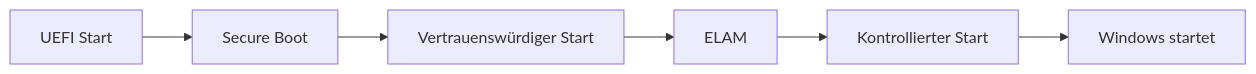
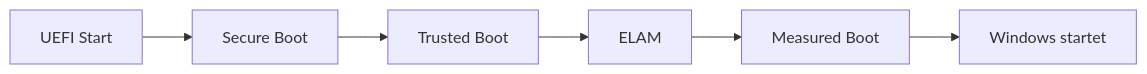
One commit to seanconroy-dev/FIAE-Exam-Part-1-Content changed the diagram in Entwickeln, Erstellen und Betreuen von IT_Lösungen/ap1-0243-windows-boot-sicherheitsfeatures.md. Above: the diagram before and after it, drawn with Mermaid. The commit also changed other lines of this file and 25 other files, not shown here.

````diff
--- a/Entwickeln, Erstellen und Betreuen von IT_Lösungen/ap1-0243-windows-boot-sicherheitsfeatures.md
+++ b/Entwickeln, Erstellen und Betreuen von IT_Lösungen/ap1-0243-windows-boot-sicherheitsfeatures.md
@@ -52,8 +57,8 @@
 ```mermaid
 flowchart LR
 A[UEFI Start] --> B[Secure Boot]
-B --> C[Vertrauenswürdiger Start]
+B --> C[Trusted Boot]
 C --> D[ELAM]
-D --> E[Kontrollierter Start]
+D --> E[Measured Boot]
 E --> F[Windows startet]
 ```
````
